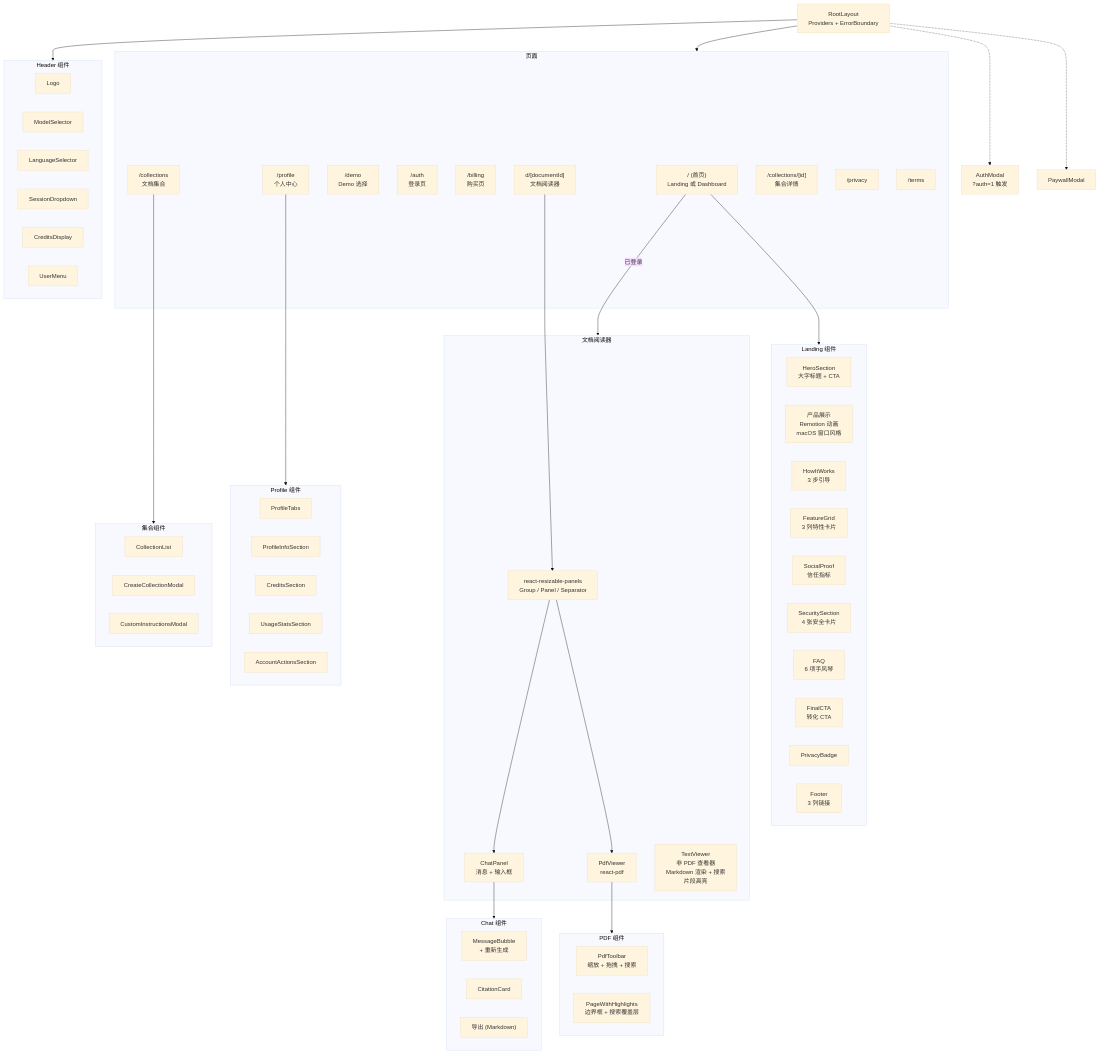
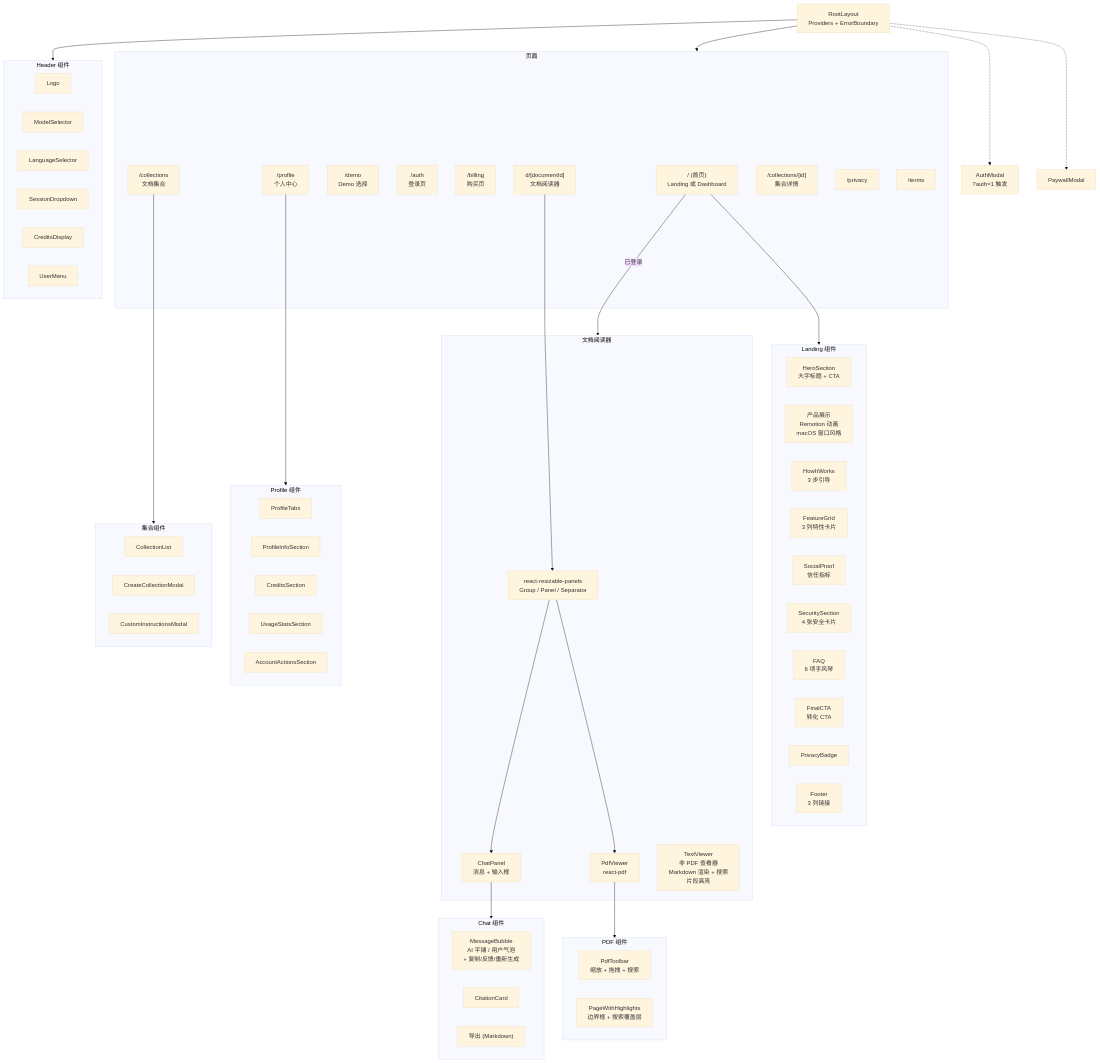
The seventh of 8 diagrams in docs/ARCHITECTURE.zh.md (Rswcf/DocTalk), drawn with Mermaid (base theme) before and after one commit. The commit also changed other lines of this file and 2 other files, not shown here.

Commit message:
docs: document ChatGPT-style chat UI redesign

```diff
--- a/docs/ARCHITECTURE.zh.md
+++ b/docs/ARCHITECTURE.zh.md
@@ -532,7 +532,7 @@
     end
 
     subgraph ChatComp["Chat 组件"]
-        MsgBubble["MessageBubble<br/>+ 重新生成"]
+        MsgBubble["MessageBubble<br/>AI 平铺 / 用户气泡<br/>+ 复制/反馈/重新生成"]
         CitCard["CitationCard"]
         Export["导出 (Markdown)"]
     end
```
